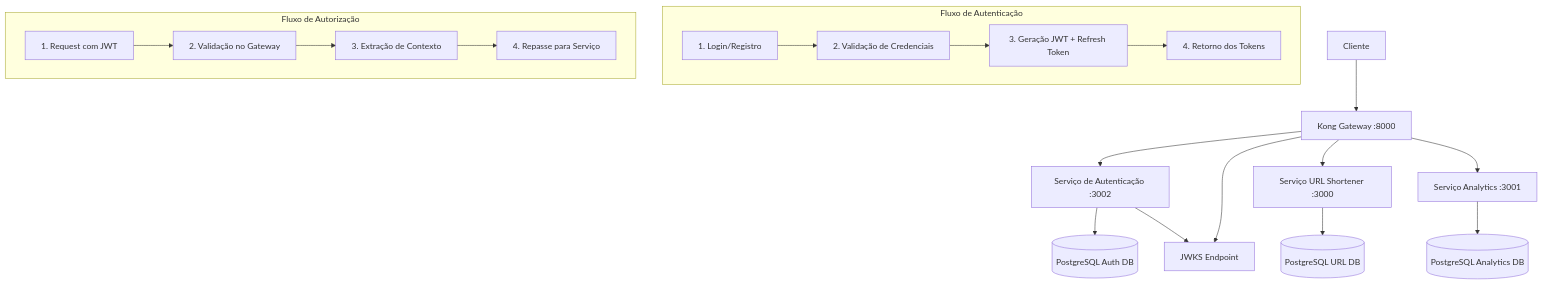
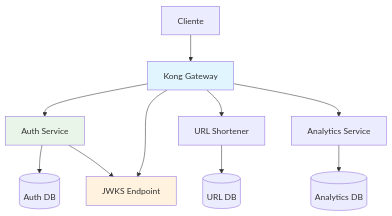
The first of 3 diagrams in docs/01-autenticacao.md (rocketseat-education/ftr-fundamentos-microsservicos), drawn with Mermaid before and after one commit. The commit also changed other lines of this file and 6 other files, not shown here.

````diff
--- a/docs/01-autenticacao.md
+++ b/docs/01-autenticacao.md
@@ -9,26 +9,18 @@
 ```mermaid
 graph TD
-    A[Cliente] --> B[Kong Gateway :8000]
-    B --> C[Serviço de Autenticação :3002]
-    B --> D[Serviço URL Shortener :3000]
-    B --> E[Serviço Analytics :3001]
+    A[Cliente] --> B[Kong Gateway]
+    B --> C[Auth Service]
+    B --> D[URL Shortener]
+    B --> E[Analytics Service]
     
-    C --> F[(PostgreSQL Auth DB)]
-    D --> G[(PostgreSQL URL DB)]
-    E --> H[(PostgreSQL Analytics DB)]
+    C --> F[(Auth DB)]
+    D --> G[(URL DB)]
+    E --> H[(Analytics DB)]
     
     C --> I[JWKS Endpoint]
     B --> I
     
-    subgraph "Fluxo de Autenticação"
-        J[1. Login/Registro] --> K[2. Validação de Credenciais]
-        K --> L[3. Geração JWT + Refresh Token]
-        L --> M[4. Retorno dos Tokens]
-    end
-    
-    subgraph "Fluxo de Autorização"
-        N[1. Request com JWT] --> O[2. Validação no Gateway]
-        O --> P[3. Extração de Contexto]
-        P --> Q[4. Repasse para Serviço]
-    end
+    style B fill:#e1f5fe
+    style C fill:#e8f5e8
+    style I fill:#fff3e0
 ```
````
